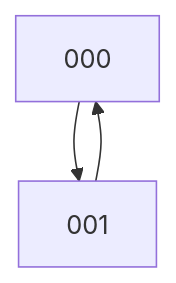
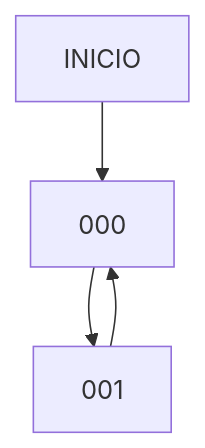
The diagram in README.md (facumruiz/Plantilla_DigitalesPIC18), drawn with Mermaid before and after one commit.

````diff
--- a/README.md
+++ b/README.md
@@ -57,8 +57,10 @@
 ```mermaid
 graph TD;
+    INICIO-->000
+
     000-->001;
     001-->000;
 
   
     
 ```
````
